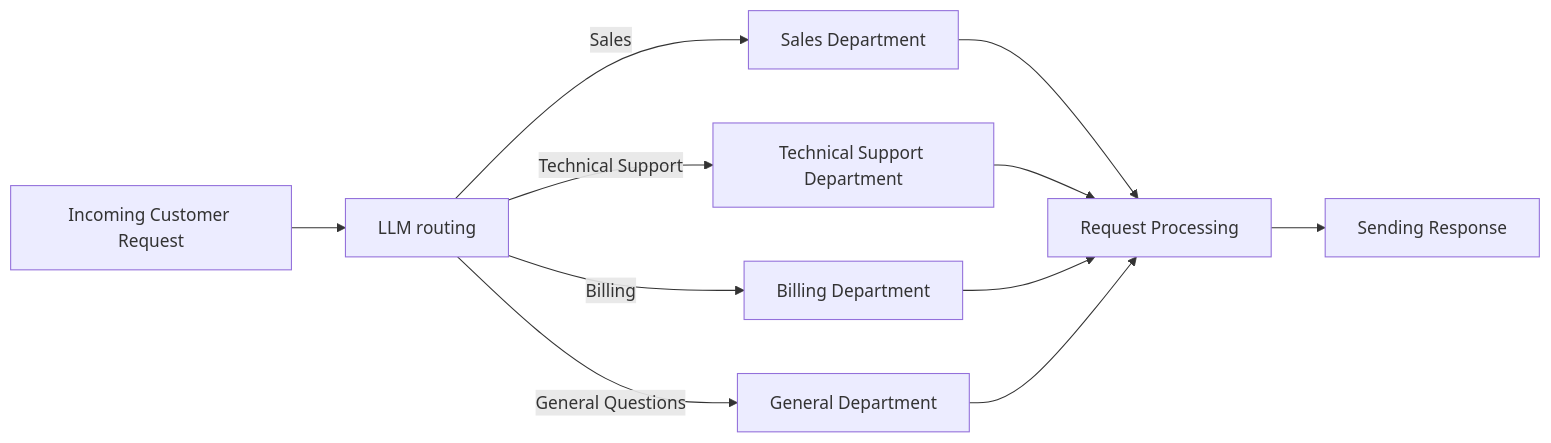
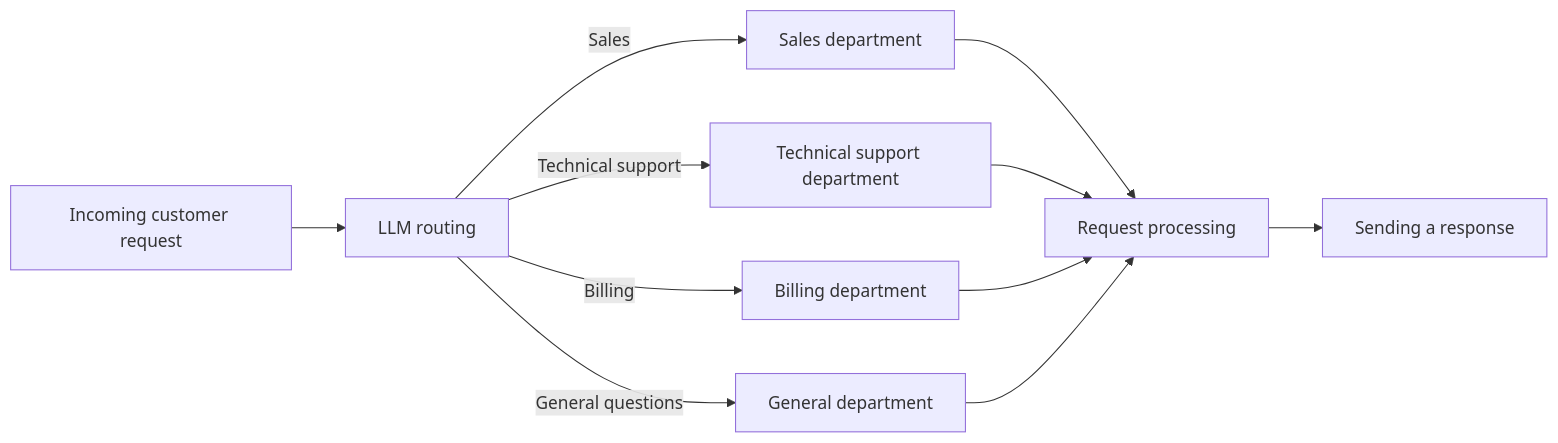
Before and after one commit to all-mute/learn-agents: the eighth of 12 diagrams in cognitive-book/docs/junior/_workflows-examples-p2.mdx, drawn with Mermaid. The commit also changed other lines of this file and 93 other files, not shown here.

````diff
--- a/cognitive-book/docs/junior/_workflows-examples-p2.mdx
+++ b/cognitive-book/docs/junior/_workflows-examples-p2.mdx
@@ -422,13 +422,13 @@
 ```mermaid
 flowchart LR
-    Request[Incoming Customer Request] --> Router[LLM routing]
-    Router -->|Sales| Sales[Sales Department]
-    Router -->|Technical Support| Tech[Technical Support Department]
-    Router -->|Billing| Billing[Billing Department]
-    Router -->|General Questions| General[General Department]
-    Sales --> Process[Request Processing]
+    Request[Incoming customer request] --> Router[LLM routing]
+    Router -->|Sales| Sales[Sales department]
+    Router -->|Technical support| Tech[Technical support department]
+    Router -->|Billing| Billing[Billing department]
+    Router -->|General questions| General[General department]
+    Sales --> Process[Request processing]
     Tech --> Process
     Billing --> Process
     General --> Process
-    Process --> Respond[Sending Response]
+    Process --> Respond[Sending a response]
 ```
````
